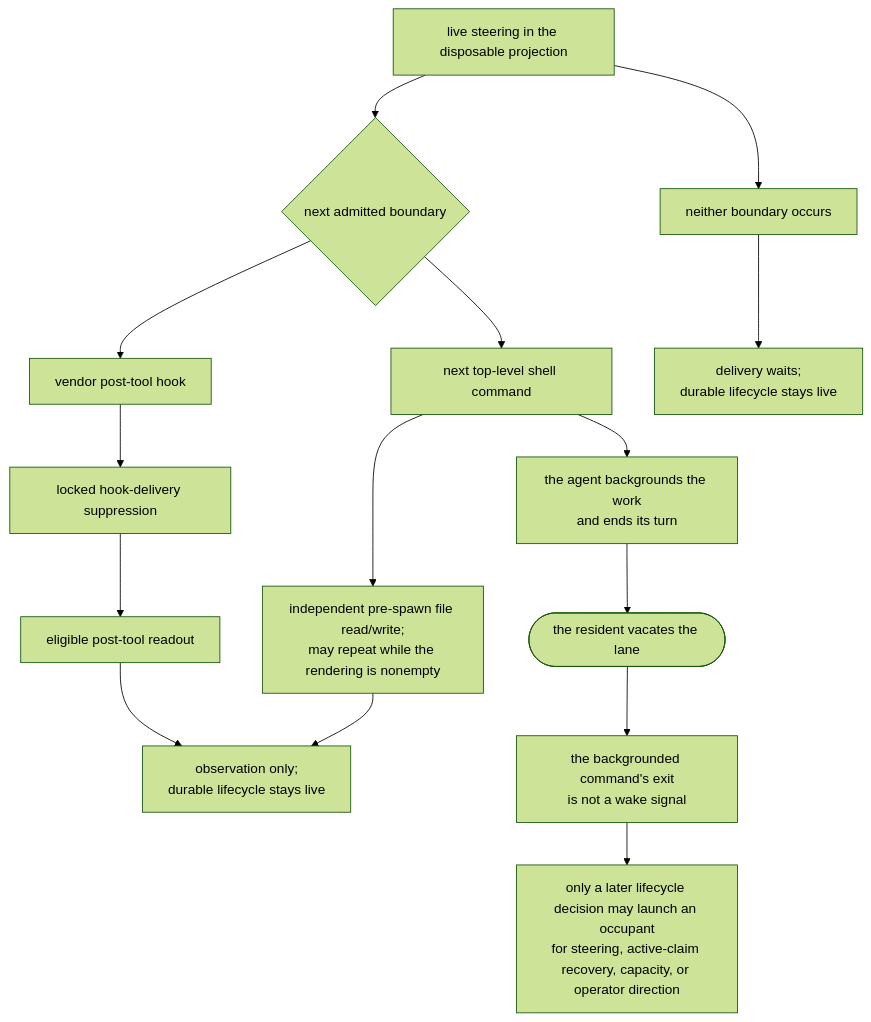
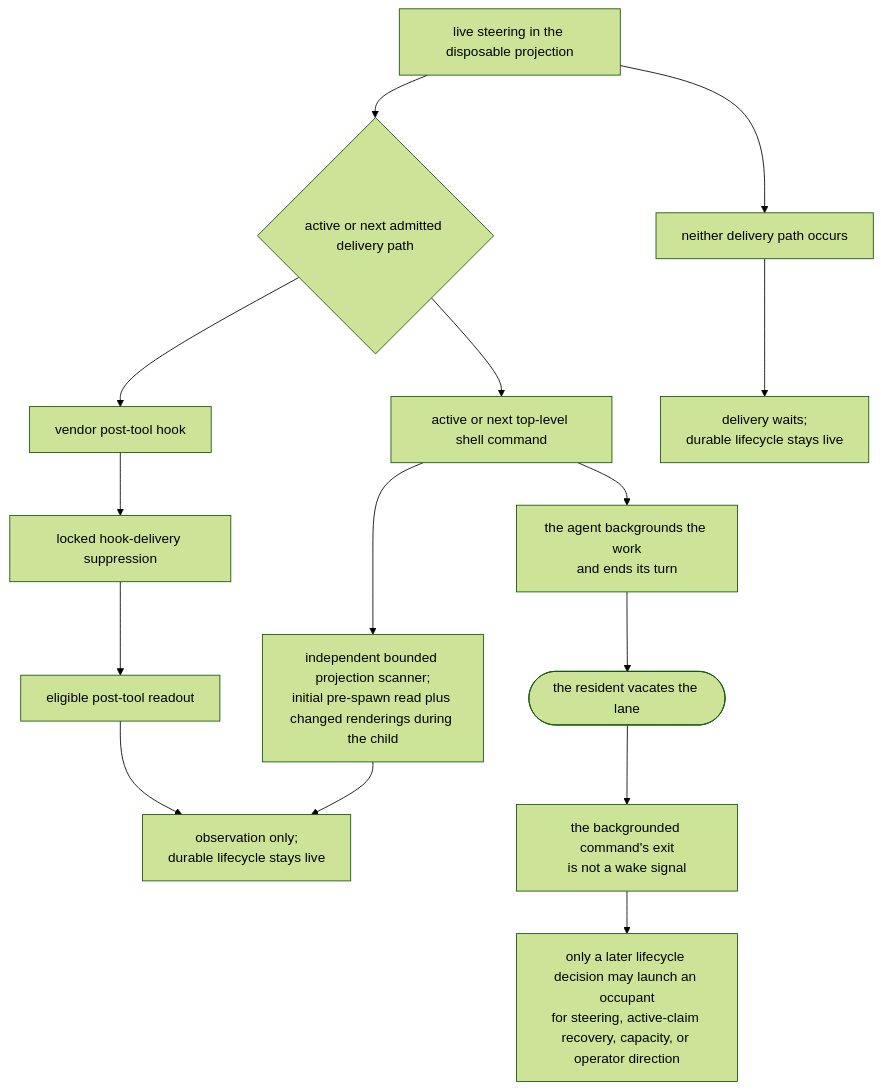
The eighth of 10 diagrams in docs/product/planes/hooks.md (infimalabs/spice-rust), drawn with Mermaid (forest theme) before and after one commit. The commit also changed other lines of this file and 10 other files, not shown here.

Commit message:
steer: restore active-child stderr delivery DELIVER-1kRNt0KG

````diff
--- a/docs/product/planes/hooks.md
+++ b/docs/product/planes/hooks.md
@@ -213,17 +223,17 @@
 ```mermaid
 flowchart TD
-  D["live steering in the disposable projection"] --> B{"next admitted boundary"}
+  D["live steering in the disposable projection"] --> B{"active or next admitted delivery path"}
   B --> T["vendor post-tool hook"]
-  B --> C["next top-level shell command"]
+  B --> C["active or next top-level shell command"]
   T --> HS["locked hook-delivery suppression"]
   HS --> HR["eligible post-tool readout"]
-  C --> SR["independent pre-spawn file read/write;<br/>may repeat while the rendering is nonempty"]
+  C --> SR["independent bounded projection scanner;<br/>initial pre-spawn read plus changed renderings during the child"]
   HR --> O["observation only;<br/>durable lifecycle stays live"]
   SR --> O
-  D --> N["neither boundary occurs"]
+  D --> N["neither delivery path occurs"]
   N --> W["delivery waits;<br/>durable lifecycle stays live"]
   C --> BG["the agent backgrounds the work<br/>and ends its turn"]
   BG --> S(["the resident vacates the lane"])
   S --> X["the backgrounded command's exit<br/>is not a wake signal"]
   X --> RL["only a later lifecycle decision may launch an occupant<br/>for steering, active-claim recovery, capacity, or operator direction"]
 ```
````
